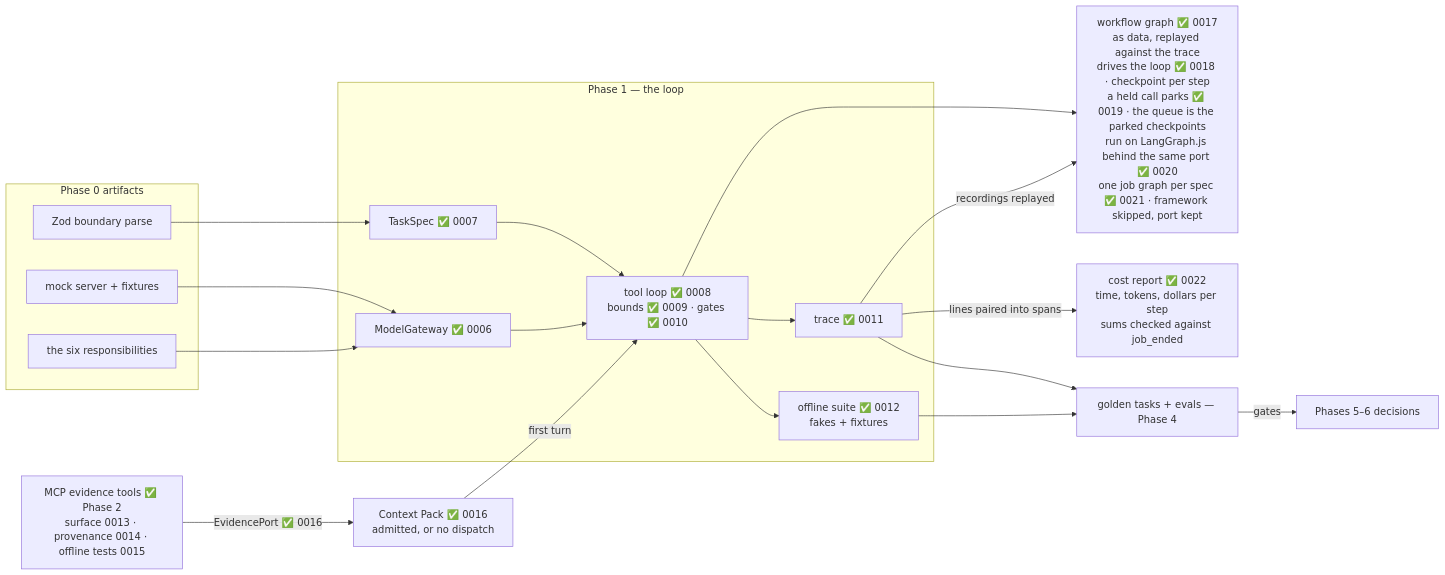
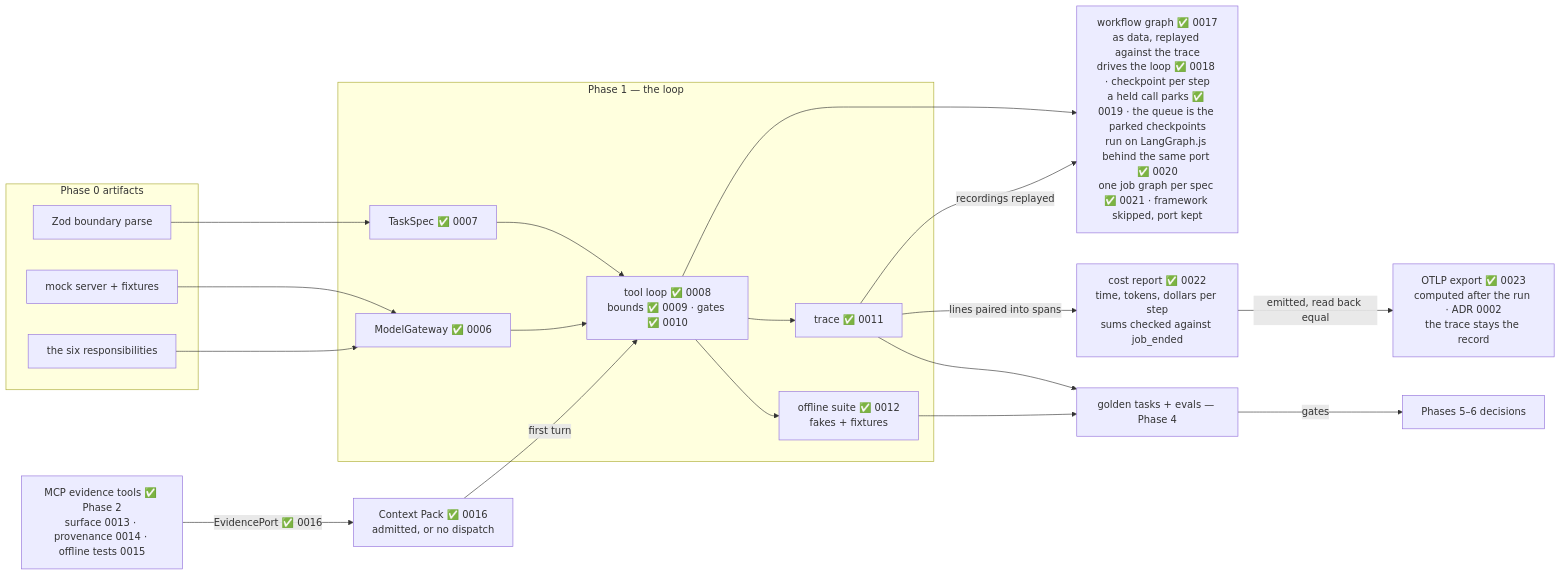
The seventh of 7 diagrams in wiki/course/course-module-graph.md (JozsefKiss90/TS), drawn with Mermaid before and after one commit. The commit also changed other lines of this file and 18 other files, not shown here.

````diff
--- a/wiki/course/course-module-graph.md
+++ b/wiki/course/course-module-graph.md
@@ -136,30 +136,31 @@
 ```mermaid
 flowchart LR
     subgraph PH0["Phase 0 artifacts"]
         MOCK["mock server + fixtures"]
         SIX["the six responsibilities"]
         ZOD["Zod boundary parse"]
     end
     subgraph PH1["Phase 1 — the loop"]
         GWY["ModelGateway ✅ 0006"]
         SPEC["TaskSpec ✅ 0007"]
         TLOOP["tool loop ✅ 0008<br/>bounds ✅ 0009 · gates ✅ 0010"]
         TR["trace ✅ 0011"]
         TESTS["offline suite ✅ 0012<br/>fakes + fixtures"]
     end
     MOCK --> GWY
     SIX --> GWY
     ZOD --> SPEC
     SPEC --> TLOOP
     GWY --> TLOOP
     TLOOP --> TR
     TLOOP --> TESTS
     EV["MCP evidence tools ✅ Phase 2<br/>surface 0013 · provenance 0014 · offline tests 0015"] -->|"EvidencePort ✅ 0016"| PACK["Context Pack ✅ 0016<br/>admitted, or no dispatch"]
     PACK -->|"first turn"| TLOOP
     TLOOP --> WG["workflow graph ✅ 0017<br/>as data, replayed against the trace<br/>drives the loop ✅ 0018 · checkpoint per step<br/>a held call parks ✅ 0019 · the queue is the parked checkpoints<br/>run on LangGraph.js behind the same port ✅ 0020<br/>one job graph per spec ✅ 0021 · framework skipped, port kept"]
     TR -->|"recordings replayed"| WG
     TR -->|"lines paired into spans"| COST["cost report ✅ 0022<br/>time, tokens, dollars per step<br/>sums checked against job_ended"]
+    COST -->|"emitted, read back equal"| OTLP["OTLP export ✅ 0023<br/>computed after the run · ADR 0002<br/>the trace stays the record"]
     TR --> EVAL["golden tasks + evals — Phase 4"]
     TESTS --> EVAL
     EVAL -->|"gates"| P5P6["Phases 5–6 decisions"]
 ```
````
